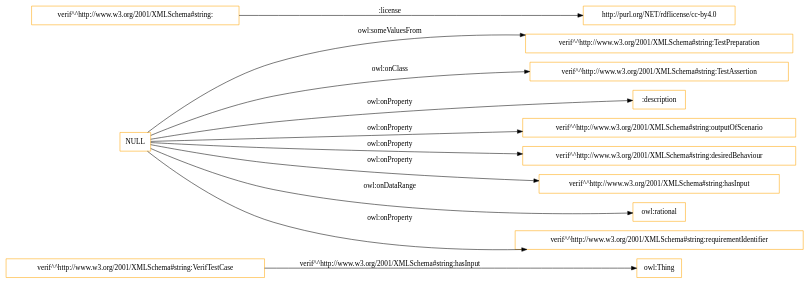
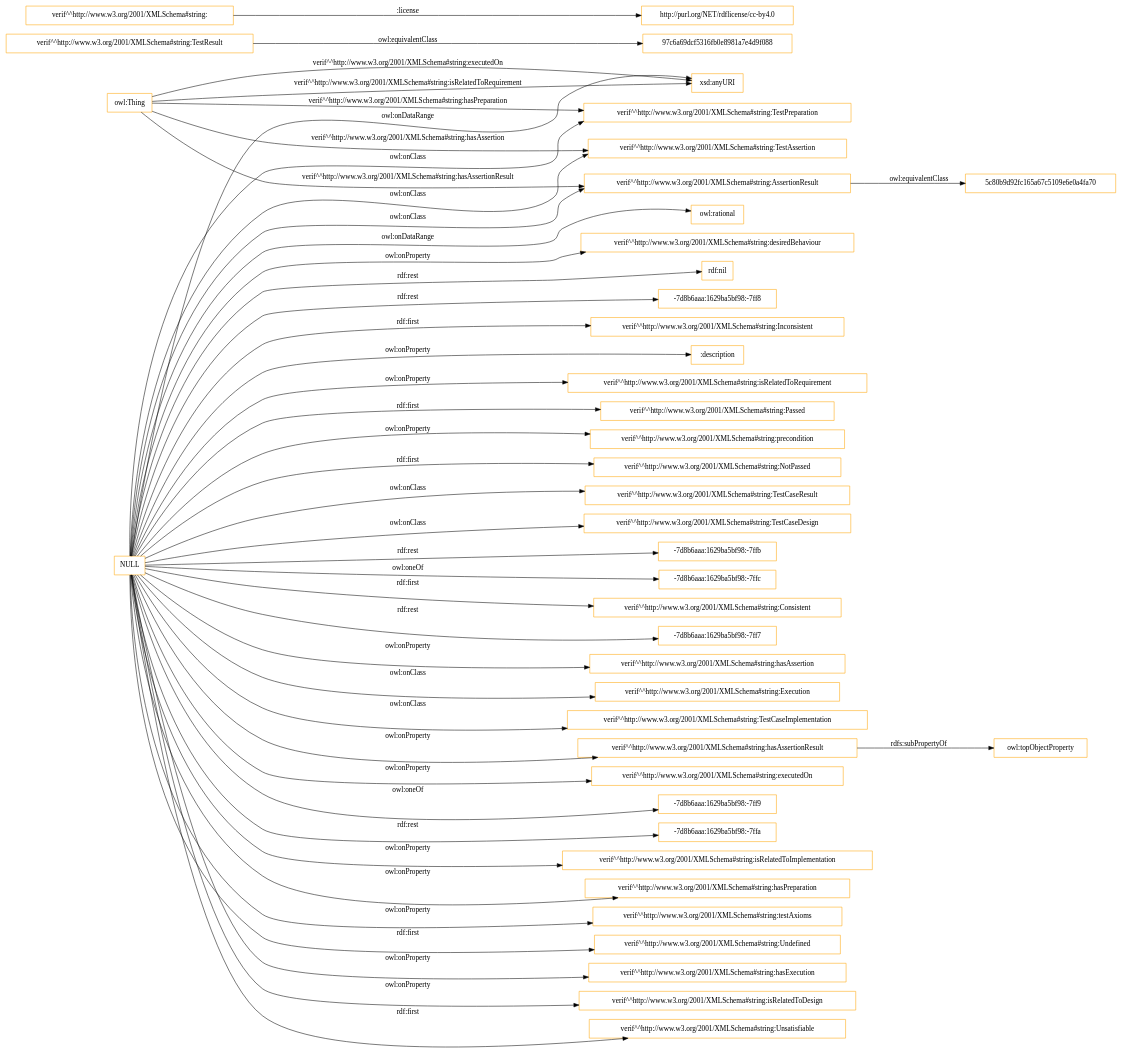
The diagram in OnToology/ontology/verification-test-description.ttl/diagrams/ar2dtool-class/verification-test-description.ttl.png.dot (albaizq/test-verification-ontology), drawn with Graphviz before and after one commit. The commit also changed 11 other files, not shown here.

```diff
--- a/OnToology/ontology/verification-test-description.ttl/diagrams/ar2dtool-class/verification-test-description.ttl.png.dot
+++ b/OnToology/ontology/verification-test-description.ttl/diagrams/ar2dtool-class/verification-test-description.ttl.png.dot
@@ -1,16 +1,49 @@
 digraph ar2dtool_diagram { 
 rankdir=LR;
 size="1501"
-node [shape = rectangle, color="orange"]; "verif^^http://www.w3.org/2001/XMLSchema#string:VerifTestCase" "verif^^http://www.w3.org/2001/XMLSchema#string:TestPreparation" "verif^^http://www.w3.org/2001/XMLSchema#string:TestAssertion" ; /*classes style*/
+node [shape = rectangle, color="orange"]; "verif^^http://www.w3.org/2001/XMLSchema#string:TestCaseResult" "verif^^http://www.w3.org/2001/XMLSchema#string:TestCaseDesign" "97c6a69dcf5316fb0e8981a7e4d9f088" "verif^^http://www.w3.org/2001/XMLSchema#string:TestAssertion" "verif^^http://www.w3.org/2001/XMLSchema#string:Execution" "verif^^http://www.w3.org/2001/XMLSchema#string:TestPreparation" "verif^^http://www.w3.org/2001/XMLSchema#string:TestCaseImplementation" "5c80b9d92fc165a67c5109e6e0a4fa70" "verif^^http://www.w3.org/2001/XMLSchema#string:TestResult" "verif^^http://www.w3.org/2001/XMLSchema#string:AssertionResult" ; /*classes style*/
+	"verif^^http://www.w3.org/2001/XMLSchema#string:TestResult" -> "97c6a69dcf5316fb0e8981a7e4d9f088" [ label = "owl:equivalentClass" ];
+	"verif^^http://www.w3.org/2001/XMLSchema#string:AssertionResult" -> "5c80b9d92fc165a67c5109e6e0a4fa70" [ label = "owl:equivalentClass" ];
+	"NULL" -> "verif^^http://www.w3.org/2001/XMLSchema#string:hasAssertionResult" [ label = "owl:onProperty" ];
+	"NULL" -> "verif^^http://www.w3.org/2001/XMLSchema#string:TestAssertion" [ label = "owl:onClass" ];
+	"NULL" -> "verif^^http://www.w3.org/2001/XMLSchema#string:executedOn" [ label = "owl:onProperty" ];
+	"NULL" -> "-7d8b6aaa:1629ba5bf98:-7ff9" [ label = "owl:oneOf" ];
+	"NULL" -> "-7d8b6aaa:1629ba5bf98:-7ffa" [ label = "rdf:rest" ];
+	"NULL" -> "verif^^http://www.w3.org/2001/XMLSchema#string:isRelatedToImplementation" [ label = "owl:onProperty" ];
+	"NULL" -> "verif^^http://www.w3.org/2001/XMLSchema#string:hasPreparation" [ label = "owl:onProperty" ];
+	"NULL" -> "verif^^http://www.w3.org/2001/XMLSchema#string:testAxioms" [ label = "owl:onProperty" ];
+	"NULL" -> "verif^^http://www.w3.org/2001/XMLSchema#string:TestPreparation" [ label = "owl:onClass" ];
+	"NULL" -> "verif^^http://www.w3.org/2001/XMLSchema#string:Undefined" [ label = "rdf:first" ];
+	"NULL" -> "verif^^http://www.w3.org/2001/XMLSchema#string:hasExecution" [ label = "owl:onProperty" ];
+	"NULL" -> "verif^^http://www.w3.org/2001/XMLSchema#string:Execution" [ label = "owl:onClass" ];
+	"NULL" -> "verif^^http://www.w3.org/2001/XMLSchema#string:isRelatedToDesign" [ label = "owl:onProperty" ];
+	"NULL" -> "verif^^http://www.w3.org/2001/XMLSchema#string:TestCaseImplementation" [ label = "owl:onClass" ];
+	"NULL" -> "verif^^http://www.w3.org/2001/XMLSchema#string:Unsatisfiable" [ label = "rdf:first" ];
+	"NULL" -> "owl:rational" [ label = "owl:onDataRange" ];
+	"NULL" -> "verif^^http://www.w3.org/2001/XMLSchema#string:desiredBehaviour" [ label = "owl:onProperty" ];
+	"NULL" -> "rdf:nil" [ label = "rdf:rest" ];
+	"NULL" -> "-7d8b6aaa:1629ba5bf98:-7ff8" [ label = "rdf:rest" ];
+	"NULL" -> "verif^^http://www.w3.org/2001/XMLSchema#string:Inconsistent" [ label = "rdf:first" ];
+	"NULL" -> ":description" [ label = "owl:onProperty" ];
+	"NULL" -> "verif^^http://www.w3.org/2001/XMLSchema#string:isRelatedToRequirement" [ label = "owl:onProperty" ];
+	"NULL" -> "verif^^http://www.w3.org/2001/XMLSchema#string:Passed" [ label = "rdf:first" ];
+	"NULL" -> "verif^^http://www.w3.org/2001/XMLSchema#string:AssertionResult" [ label = "owl:onClass" ];
+	"NULL" -> "verif^^http://www.w3.org/2001/XMLSchema#string:precondition" [ label = "owl:onProperty" ];
+	"NULL" -> "verif^^http://www.w3.org/2001/XMLSchema#string:NotPassed" [ label = "rdf:first" ];
+	"NULL" -> "-7d8b6aaa:1629ba5bf98:-7ffb" [ label = "rdf:rest" ];
+	"NULL" -> "-7d8b6aaa:1629ba5bf98:-7ffc" [ label = "owl:oneOf" ];
+	"NULL" -> "xsd:anyURI" [ label = "owl:onDataRange" ];
+	"NULL" -> "verif^^http://www.w3.org/2001/XMLSchema#string:Consistent" [ label = "rdf:first" ];
+	"NULL" -> "-7d8b6aaa:1629ba5bf98:-7ff7" [ label = "rdf:rest" ];
+	"NULL" -> "verif^^http://www.w3.org/2001/XMLSchema#string:TestCaseDesign" [ label = "owl:onClass" ];
+	"NULL" -> "verif^^http://www.w3.org/2001/XMLSchema#string:TestCaseResult" [ label = "owl:onClass" ];
+	"NULL" -> "verif^^http://www.w3.org/2001/XMLSchema#string:hasAssertion" [ label = "owl:onProperty" ];
+	"verif^^http://www.w3.org/2001/XMLSchema#string:hasAssertionResult" -> "owl:topObjectProperty" [ label = "rdfs:subPropertyOf" ];
 	"verif^^http://www.w3.org/2001/XMLSchema#string:" -> "http://purl.org/NET/rdflicense/cc-by4.0" [ label = ":license" ];
-	"NULL" -> ":description" [ label = "owl:onProperty" ];
-	"NULL" -> "verif^^http://www.w3.org/2001/XMLSchema#string:TestPreparation" [ label = "owl:someValuesFrom" ];
-	"NULL" -> "verif^^http://www.w3.org/2001/XMLSchema#string:outputOfScenario" [ label = "owl:onProperty" ];
-	"NULL" -> "verif^^http://www.w3.org/2001/XMLSchema#string:desiredBehaviour" [ label = "owl:onProperty" ];
-	"NULL" -> "verif^^http://www.w3.org/2001/XMLSchema#string:TestAssertion" [ label = "owl:onClass" ];
-	"NULL" -> "verif^^http://www.w3.org/2001/XMLSchema#string:hasInput" [ label = "owl:onProperty" ];
-	"NULL" -> "owl:rational" [ label = "owl:onDataRange" ];
-	"NULL" -> "verif^^http://www.w3.org/2001/XMLSchema#string:requirementIdentifier" [ label = "owl:onProperty" ];
-	"verif^^http://www.w3.org/2001/XMLSchema#string:VerifTestCase" -> "owl:Thing" [ label = "verif^^http://www.w3.org/2001/XMLSchema#string:hasInput" ];
+	"owl:Thing" -> "verif^^http://www.w3.org/2001/XMLSchema#string:TestAssertion" [ label = "verif^^http://www.w3.org/2001/XMLSchema#string:hasAssertion" ];
+	"owl:Thing" -> "verif^^http://www.w3.org/2001/XMLSchema#string:AssertionResult" [ label = "verif^^http://www.w3.org/2001/XMLSchema#string:hasAssertionResult" ];
+	"owl:Thing" -> "xsd:anyURI" [ label = "verif^^http://www.w3.org/2001/XMLSchema#string:executedOn" ];
+	"owl:Thing" -> "xsd:anyURI" [ label = "verif^^http://www.w3.org/2001/XMLSchema#string:isRelatedToRequirement" ];
+	"owl:Thing" -> "verif^^http://www.w3.org/2001/XMLSchema#string:TestPreparation" [ label = "verif^^http://www.w3.org/2001/XMLSchema#string:hasPreparation" ];
 
 }
```
